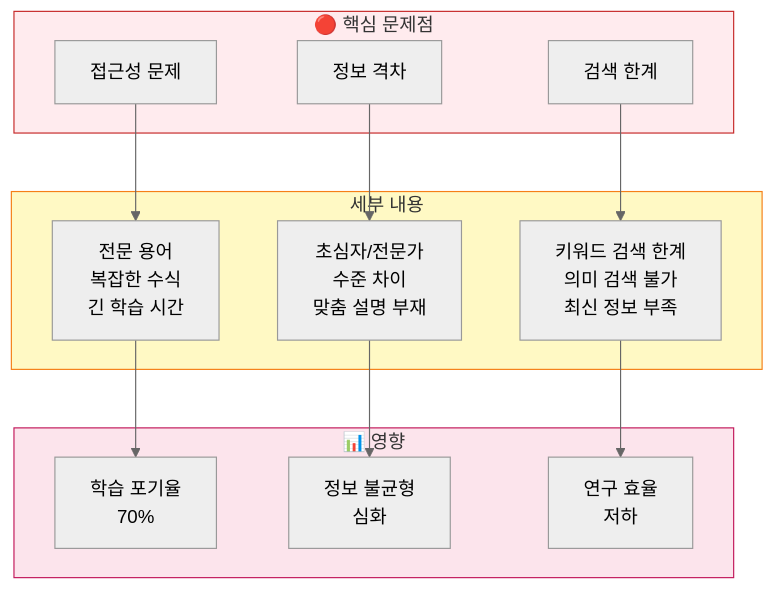
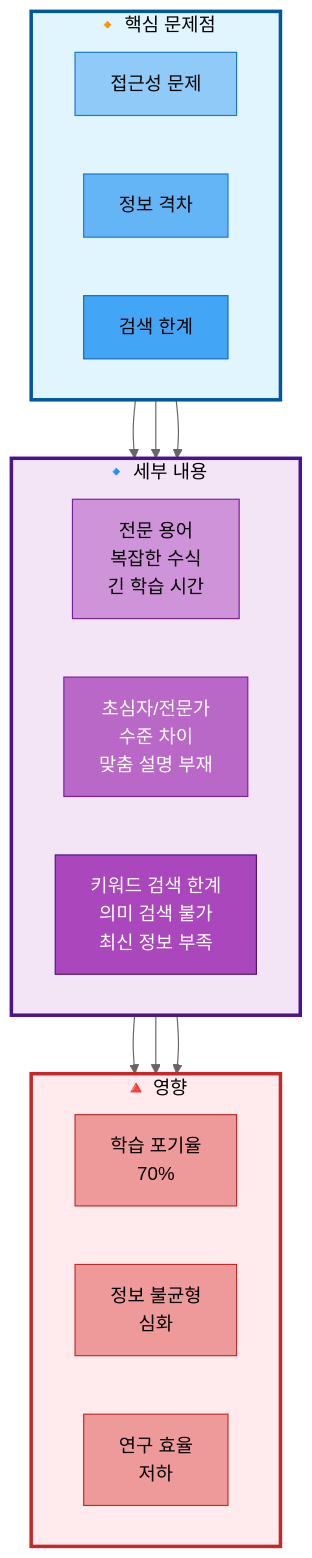
The second of 6 diagrams in docs/PPT/01_프로젝트_개요.md (AIBootcamp14/langchainproject-new-langchainproject_5), drawn with Mermaid (neutral theme) before and after one commit. The commit also changed other lines of this file and 5 other files, not shown here.

First line of the commit message:
style(docs): PPT 문서에 mermaid 스타일 가이드 적용

````diff
--- a/docs/PPT/01_프로젝트_개요.md
+++ b/docs/PPT/01_프로젝트_개요.md
@@ -113,28 +128,43 @@
 ```mermaid
 graph TB
-    subgraph Problems["🔴 핵심 문제점"]
+    subgraph Problems["🔸 핵심 문제점"]
+        direction LR
         P1[접근성 문제]
         P2[정보 격차]
         P3[검색 한계]
     end
 
-    subgraph Details["세부 내용"]
+    subgraph Details["🔹 세부 내용"]
+        direction LR
         D1[전문 용어<br/>복잡한 수식<br/>긴 학습 시간]
         D2[초심자/전문가<br/>수준 차이<br/>맞춤 설명 부재]
         D3[키워드 검색 한계<br/>의미 검색 불가<br/>최신 정보 부족]
     end
 
-    subgraph Impact["📊 영향"]
+    subgraph Impact["🔺 영향"]
+        direction LR
         I1[학습 포기율<br/>70%]
         I2[정보 불균형<br/>심화]
         I3[연구 효율<br/>저하]
     end
 
     P1 --> D1 --> I1
     P2 --> D2 --> I2
     P3 --> D3 --> I3
 
-    style Problems fill:#ffebee,stroke:#c62828
-    style Details fill:#fff9c4,stroke:#f57f17
-    style Impact fill:#fce4ec,stroke:#c2185b
+    %% Subgraph 스타일
+    style Problems fill:#e1f5ff,stroke:#01579b,stroke-width:3px,color:#000
+    style Details fill:#f3e5f5,stroke:#4a148c,stroke-width:3px,color:#000
+    style Impact fill:#ffebee,stroke:#c62828,stroke-width:3px,color:#000
+
+    %% 노드 스타일
+    style P1 fill:#90caf9,stroke:#1976d2,color:#000
+    style P2 fill:#64b5f6,stroke:#1976d2,color:#000
+    style P3 fill:#42a5f5,stroke:#1565c0,color:#000
+    style D1 fill:#ce93d8,stroke:#7b1fa2,color:#000
+    style D2 fill:#ba68c8,stroke:#7b1fa2,color:#fff
+    style D3 fill:#ab47bc,stroke:#4a148c,color:#fff
+    style I1 fill:#ef9a9a,stroke:#c62828,color:#000
+    style I2 fill:#ef9a9a,stroke:#c62828,color:#000
+    style I3 fill:#ef9a9a,stroke:#c62828,color:#000
 ```
````
